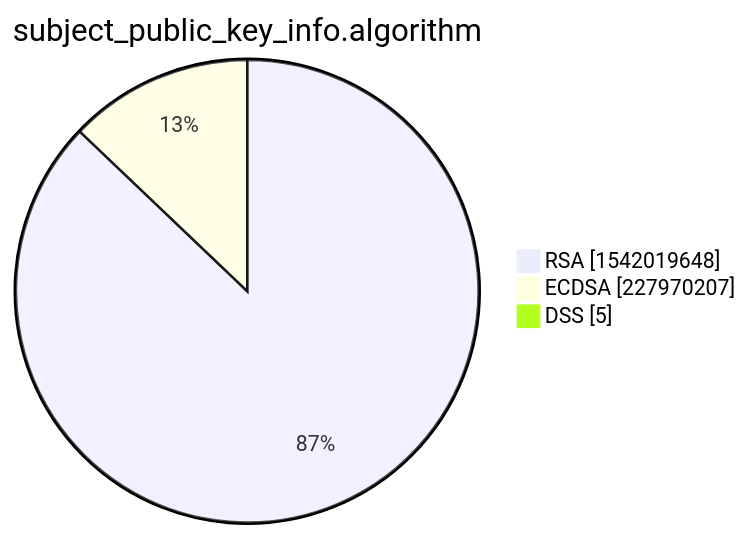
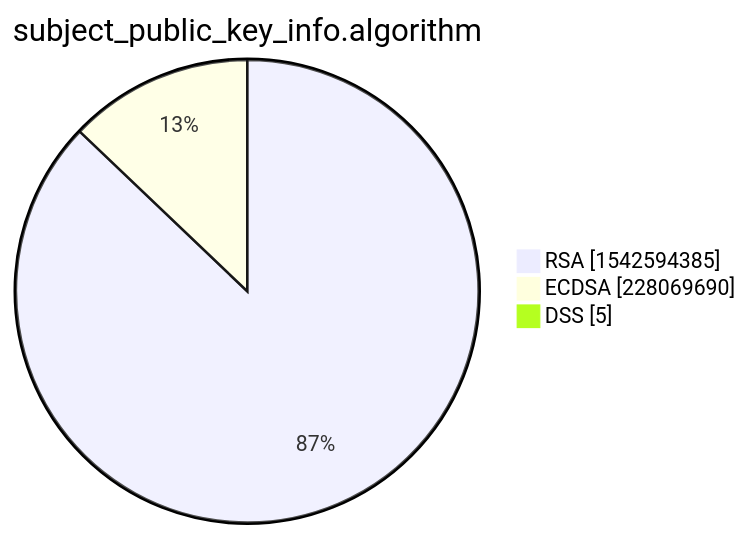
The third of 15 diagrams in xenon2022/README.md (christiankrug/ctmonitor_visualization), drawn with Mermaid before and after one commit. The commit also changed other lines of this file, not shown here.

````diff
--- a/xenon2022/README.md
+++ b/xenon2022/README.md
@@ -14,7 +14,7 @@
 ```mermaid
 pie showData
 title subject_public_key_info.algorithm
-"RSA" :1542019648
-"ECDSA" :227970207
+"RSA" :1542594385
+"ECDSA" :228069690
 "DSS" :5
 ```
````
